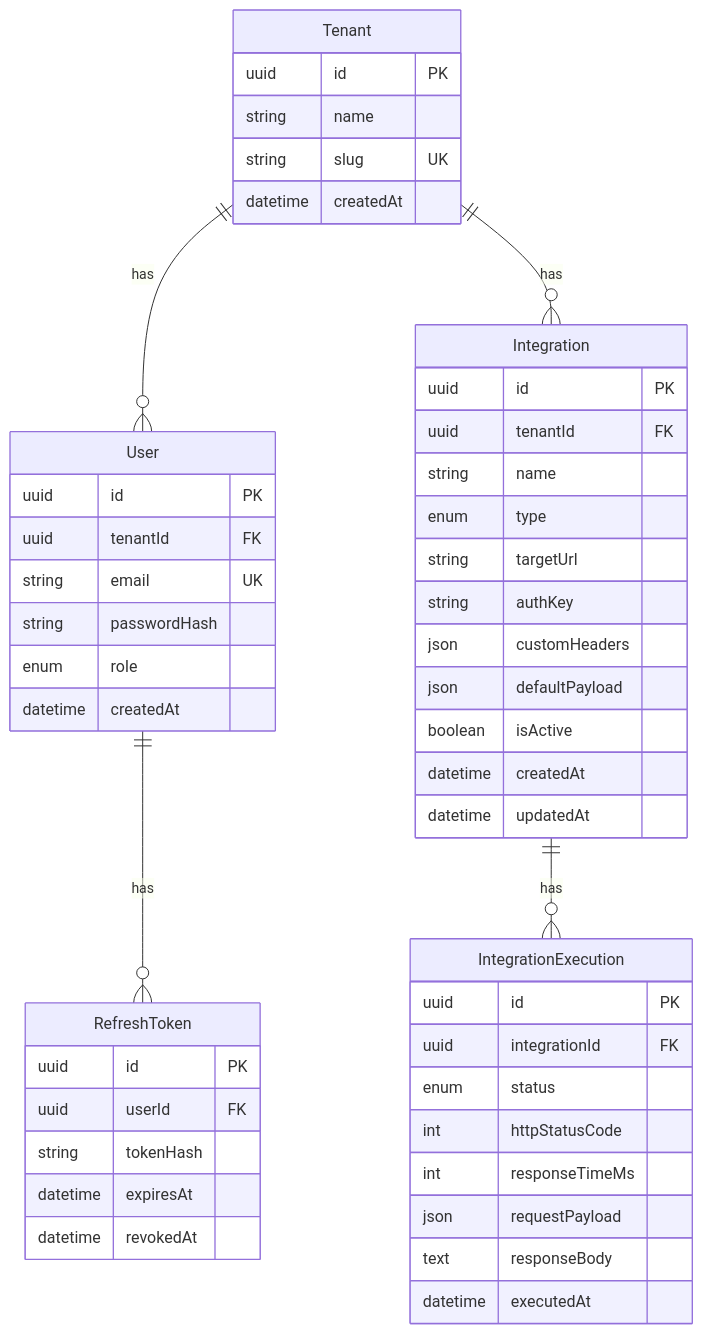
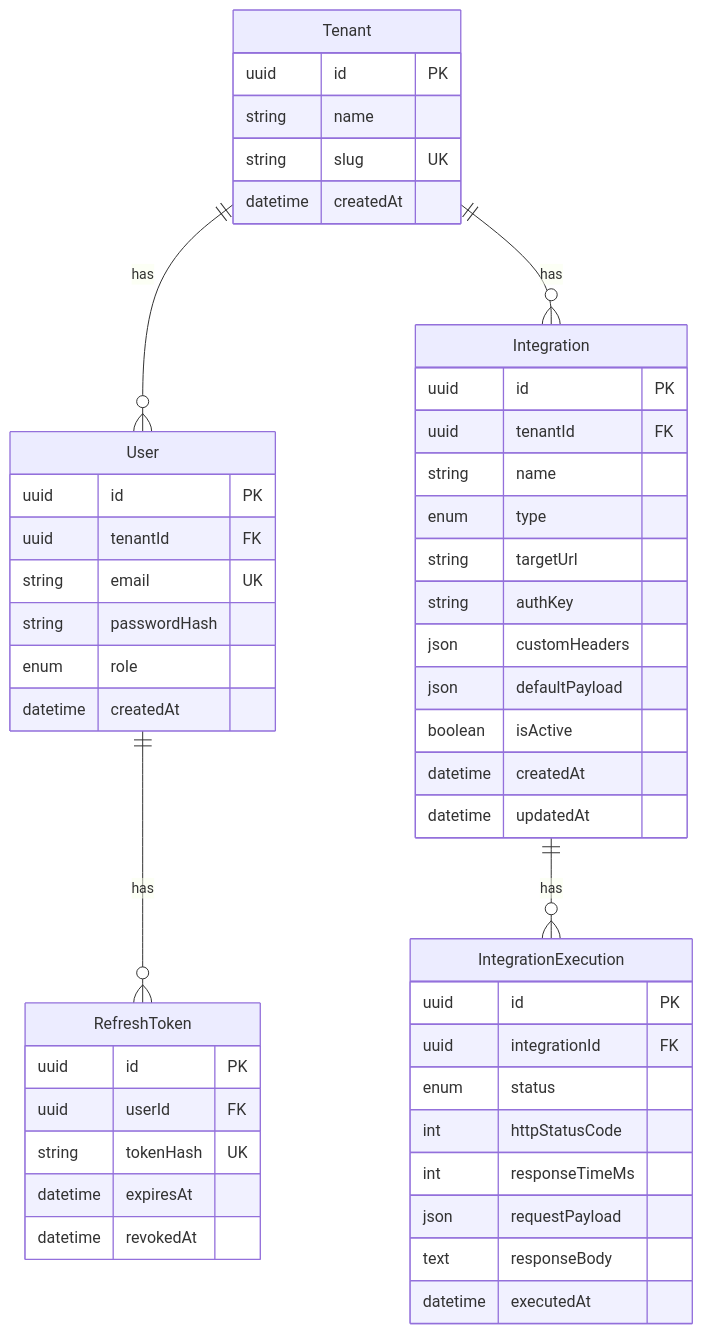
The diagram in docs/spec/04-modelo-dados.md (OSenhorD/commandix-poc), drawn with Mermaid before and after one commit. The commit also changed other lines of this file and 31 other files, not shown here.

````diff
--- a/docs/spec/04-modelo-dados.md
+++ b/docs/spec/04-modelo-dados.md
@@ -7,56 +7,56 @@
 ```mermaid
 erDiagram
     Tenant ||--o{ User : has
     Tenant ||--o{ Integration : has
     Integration ||--o{ IntegrationExecution : has
     User ||--o{ RefreshToken : has
 
     Tenant {
         uuid id PK
         string name
         string slug UK
         datetime createdAt
     }
 
     User {
         uuid id PK
         uuid tenantId FK
         string email UK
         string passwordHash
         enum role
         datetime createdAt
     }
 
     Integration {
         uuid id PK
         uuid tenantId FK
         string name
         enum type
         string targetUrl
         string authKey
         json customHeaders
         json defaultPayload
         boolean isActive
         datetime createdAt
         datetime updatedAt
     }
 
     IntegrationExecution {
         uuid id PK
         uuid integrationId FK
         enum status
         int httpStatusCode
         int responseTimeMs
         json requestPayload
         text responseBody
         datetime executedAt
     }
 
     RefreshToken {
         uuid id PK
         uuid userId FK
-        string tokenHash
+        string tokenHash UK
         datetime expiresAt
         datetime revokedAt
     }
 ```
````
